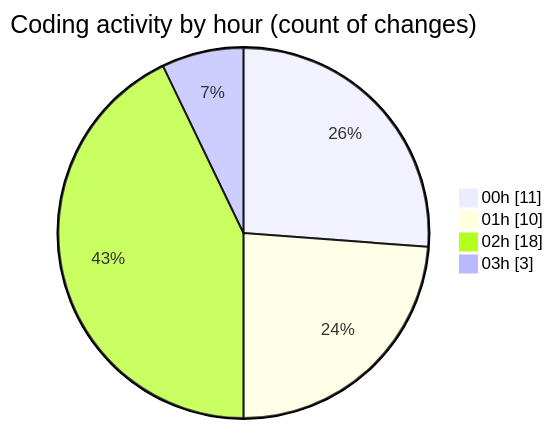
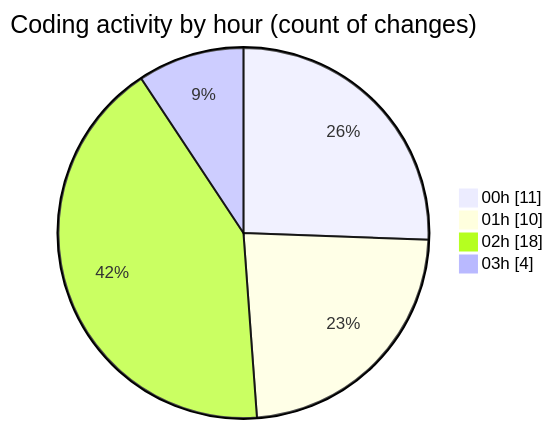
One commit to julien-gomy/code-tracking changed the second of 2 diagrams in 2025-11-02/cdp_aleoudev_fr__workspace_/README.md. Above: the diagram before and after it, drawn with Mermaid. The commit also changed other lines of this file and 1 other file, not shown here.

````diff
--- a/2025-11-02/cdp_aleoudev_fr__workspace_/README.md
+++ b/2025-11-02/cdp_aleoudev_fr__workspace_/README.md
@@ -32,8 +32,8 @@
 ```mermaid
 pie showData
 title Coding activity by hour (count of changes)
 "00h" : 11
 "01h" : 10
 "02h" : 18
-"03h" : 3
+"03h" : 4
 ```
````
